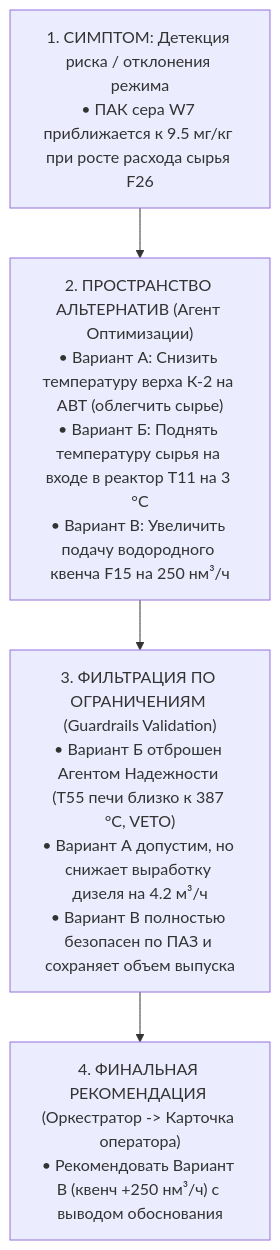
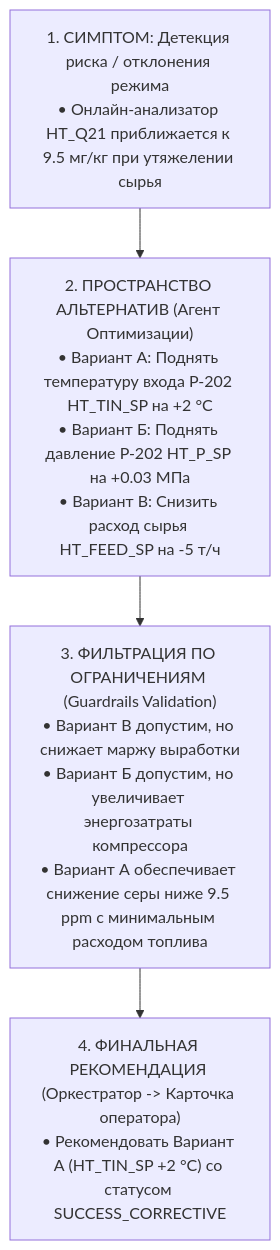
Before and after one commit to kozh-e/neftekod-hackathon: the third of 3 diagrams in artifacts/tz_neftecode_full.md, drawn with Mermaid. The commit also changed other lines of this file and 9 other files, not shown here.

````diff
--- a/artifacts/tz_neftecode_full.md
+++ b/artifacts/tz_neftecode_full.md
@@ -916,14 +936,14 @@
 ```mermaid
 graph TD
-    Symptom["1. СИМПТОМ: Детекция риска / отклонения режима<br/>• ПАК сера W7 приближается к 9.5 мг/кг при росте расхода сырья F26"]
+    Symptom["1. СИМПТОМ: Детекция риска / отклонения режима<br/>• Онлайн-анализатор HT_Q21 приближается к 9.5 мг/кг при утяжелении сырья"]
     
-    Alternatives["2. ПРОСТРАНСТВО АЛЬТЕРНАТИВ (Агент Оптимизации)<br/>• Вариант А: Снизить температуру верха К-2 на АВТ (облегчить сырье)<br/>• Вариант Б: Поднять температуру сырья на входе в реактор T11 на 3 °C<br/>• Вариант В: Увеличить подачу водородного квенча F15 на 250 нм³/ч"]
+    Alternatives["2. ПРОСТРАНСТВО АЛЬТЕРНАТИВ (Агент Оптимизации)<br/>• Вариант А: Поднять температуру входа Р-202 HT_TIN_SP на +2 °C<br/>• Вариант Б: Поднять давление Р-202 HT_P_SP на +0.03 МПа<br/>• Вариант В: Снизить расход сырья HT_FEED_SP на -5 т/ч"]
     
-    Filters["3. ФИЛЬТРАЦИЯ ПО ОГРАНИЧЕНИЯМ (Guardrails Validation)<br/>• Вариант Б отброшен Агентом Надежности (T55 печи близко к 387 °C, VETO)<br/>• Вариант А допустим, но снижает выработку дизеля на 4.2 м³/ч<br/>• Вариант В полностью безопасен по ПАЗ и сохраняет объем выпуска"]
+    Filters["3. ФИЛЬТРАЦИЯ ПО ОГРАНИЧЕНИЯМ (Guardrails Validation)<br/>• Вариант В допустим, но снижает маржу выработки<br/>• Вариант Б допустим, но увеличивает энергозатраты компрессора<br/>• Вариант А обеспечивает снижение серы ниже 9.5 ppm с минимальным расходом топлива"]
     
-    Recommendation["4. ФИНАЛЬНАЯ РЕКОМЕНДАЦИЯ (Оркестратор -> Карточка оператора)<br/>• Рекомендовать Вариант В (квенч +250 нм³/ч) с выводом обоснования"]
+    Recommendation["4. ФИНАЛЬНАЯ РЕКОМЕНДАЦИЯ (Оркестратор -> Карточка оператора)<br/>• Рекомендовать Вариант А (HT_TIN_SP +2 °C) со статусом SUCCESS_CORRECTIVE"]
 
     Symptom --> Alternatives
     Alternatives --> Filters
     Filters --> Recommendation
 ```
````
